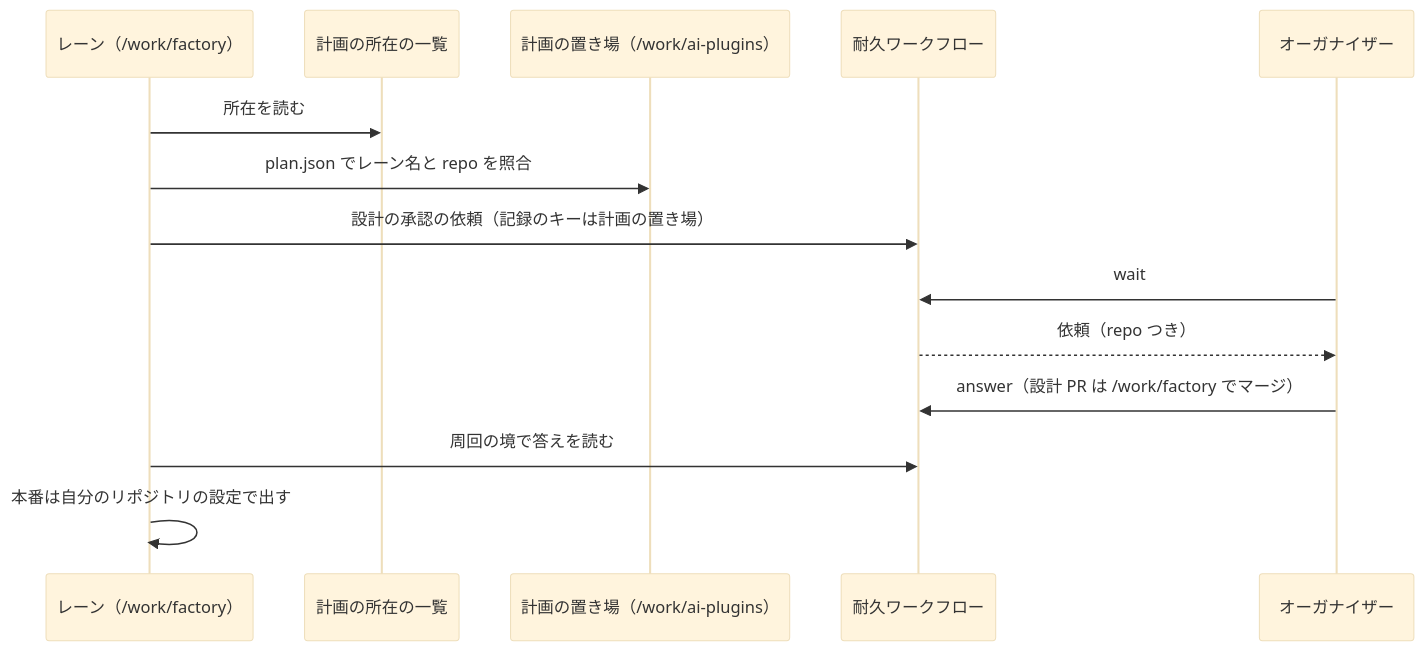
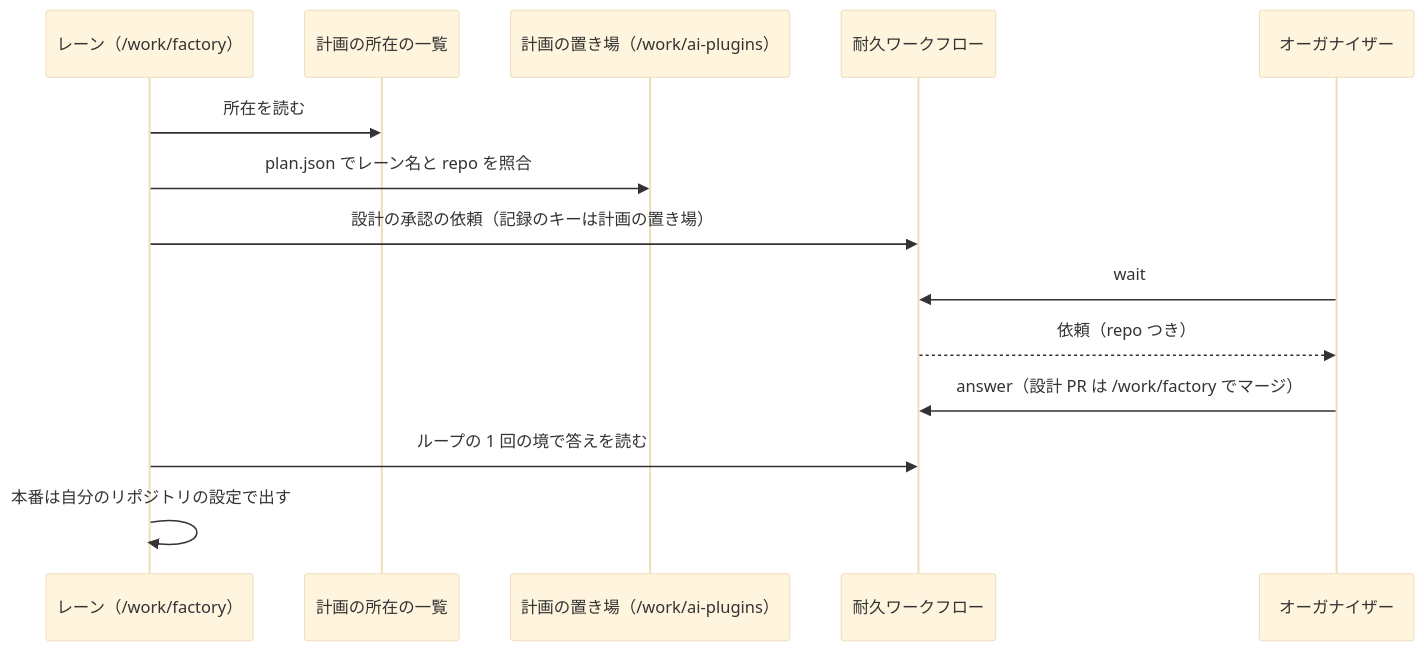
Before and after one commit to devbasex/ai-plugins: the third of 5 diagrams in issues/issue-2733-design.md, drawn with Mermaid (base theme). The commit also changed other lines of this file and 2 other files, not shown here.

````diff
--- a/issues/issue-2733-design.md
+++ b/issues/issue-2733-design.md
@@ -349,16 +351,16 @@
 ```mermaid
 sequenceDiagram
     participant L as レーン（/work/factory）
     participant H as 計画の所在の一覧
     participant P as 計画の置き場（/work/ai-plugins）
     participant W as 耐久ワークフロー
     participant O as オーガナイザー
     L->>H: 所在を読む
     L->>P: plan.json でレーン名と repo を照合
     L->>W: 設計の承認の依頼（記録のキーは計画の置き場）
     O->>W: wait
     W-->>O: 依頼（repo つき）
     O->>W: answer（設計 PR は /work/factory でマージ）
-    L->>W: 周回の境で答えを読む
+    L->>W: ループの 1 回の境で答えを読む
     L->>L: 本番は自分のリポジトリの設定で出す
 ```
````
